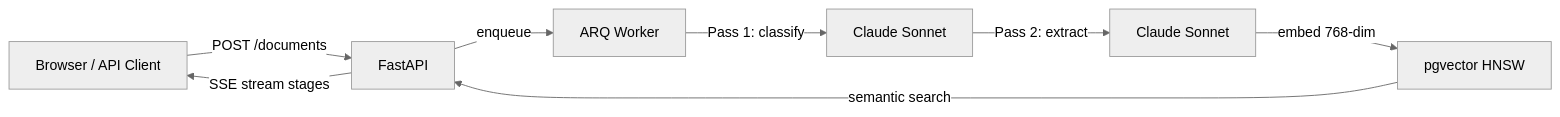
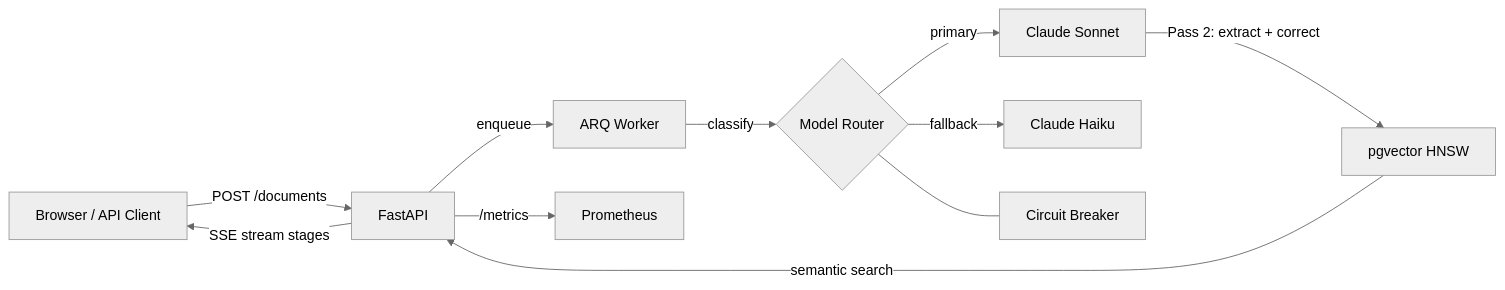
The diagram in README.md (ChunkyTortoise/docextract), drawn with Mermaid (neutral theme) before and after one commit. The commit also changed other lines of this file and 18 other files, not shown here.

First line of the commit message:
feat: eval CI gate, circuit breaker fallback, OpenTelemetry observability

````diff
--- a/README.md
+++ b/README.md
@@ -15,10 +15,13 @@
 ```mermaid
 graph LR
   A[Browser / API Client] -->|POST /documents| B[FastAPI]
   B -->|enqueue| C[ARQ Worker]
-  C -->|Pass 1: classify| D[Claude Sonnet]
-  D -->|Pass 2: extract| E[Claude Sonnet]
-  E -->|embed 768-dim| F[pgvector HNSW]
+  C -->|classify| D{Model Router}
+  D -->|primary| E[Claude Sonnet]
+  D -->|fallback| F[Claude Haiku]
+  E -->|Pass 2: extract + correct| G[pgvector HNSW]
   B -->|SSE stream stages| A
-  F -->|semantic search| B
+  G -->|semantic search| B
+  B -->|/metrics| H[Prometheus]
+  D --- I[Circuit Breaker]
 ```
````
